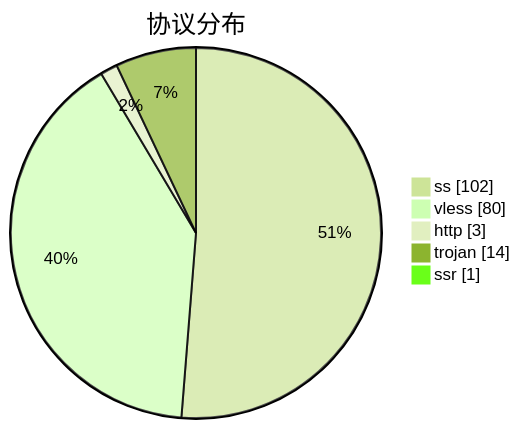
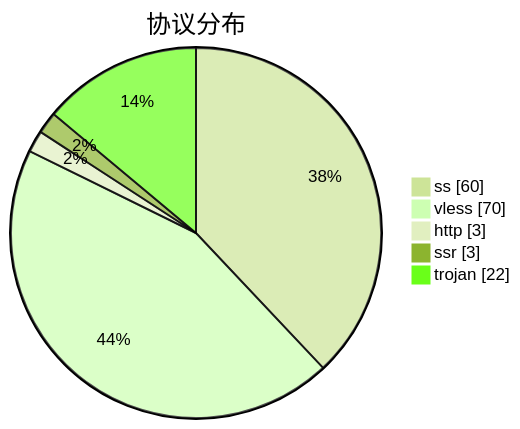
One commit to qjlxg/airport changed the third of 3 diagrams in subs/statistics/tested_within.md. Above: the diagram before and after it, drawn with Mermaid (forest theme). The commit also changed other lines of this file and 2 other files, not shown here.

````diff
--- a/subs/statistics/tested_within.md
+++ b/subs/statistics/tested_within.md
@@ -17,9 +18,9 @@
 ```mermaid
 pie showData
 title 协议分布
-"ss" : 102
-"vless" : 80
+"ss" : 60
+"vless" : 70
 "http" : 3
-"trojan" : 14
-"ssr" : 1
+"ssr" : 3
+"trojan" : 22
 ```
````
